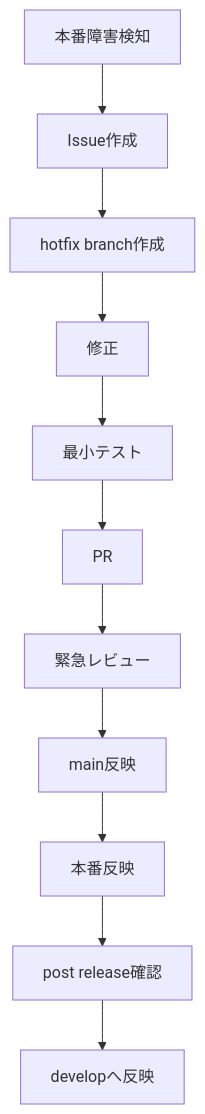
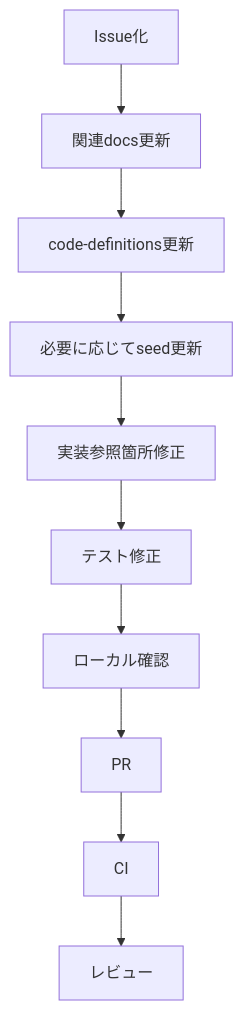
Before and after one commit to ryo-chan-k6/GiftRecommendAPP_MVP_CYCLE_3: the third of 3 diagrams in docs/05_アプリケーション設計/共通/DevOps方針書.md, drawn with Mermaid. The commit also changed other lines of this file, not shown here.

Commit message:
DevOps方針書を更新し、Gift Recommendation Service MVPの設計・開発・運用に関する方針を簡潔に整理。個人開発とAIエージェント活用を前提にした持続可能な開発運用の構築を目指し、開発スピードと品質の両立を強調。また、ドキュメントの構成を見直し、全体プロセスの可視化を図った。

````diff
--- a/docs/05_アプリケーション設計/共通/DevOps方針書.md
+++ b/docs/05_アプリケーション設計/共通/DevOps方針書.md
@@ -695,13 +383,12 @@
 ```mermaid
 flowchart TD
-    A[本番障害検知] --> B[Issue作成]
-    B --> C[hotfix branch作成]
-    C --> D[修正]
-    D --> E[最小テスト]
-    E --> F[PR]
-    F --> G[緊急レビュー]
-    G --> H[main反映]
-    H --> I[本番反映]
-    I --> J[post release確認]
-    J --> K[developへ反映]
+    A["Issue化"] --> B["関連docs更新"]
+    B --> C["code-definitions更新"]
+    C --> D["必要に応じてseed更新"]
+    D --> E["実装参照箇所修正"]
+    E --> F["テスト修正"]
+    F --> G["ローカル確認"]
+    G --> H["PR"]
+    H --> I["CI"]
+    I --> J["レビュー"]
 ```
````
